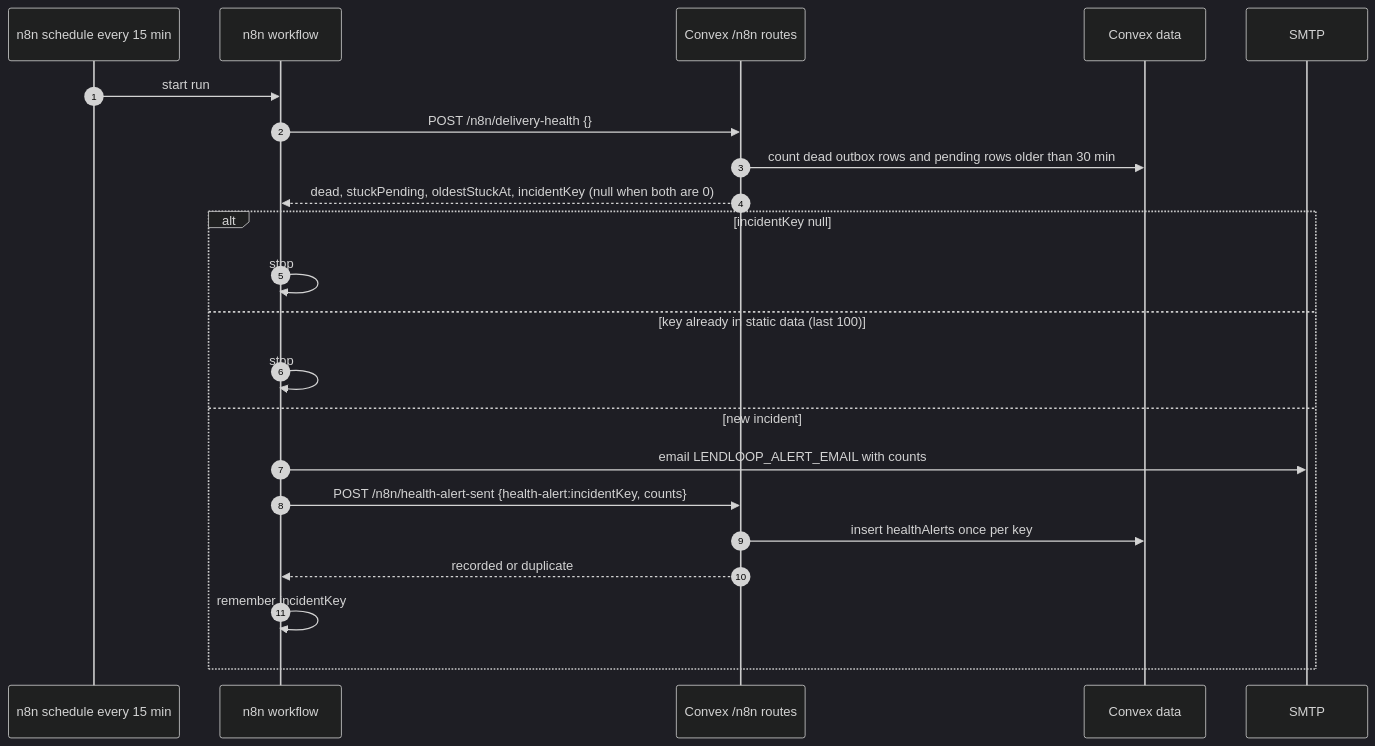
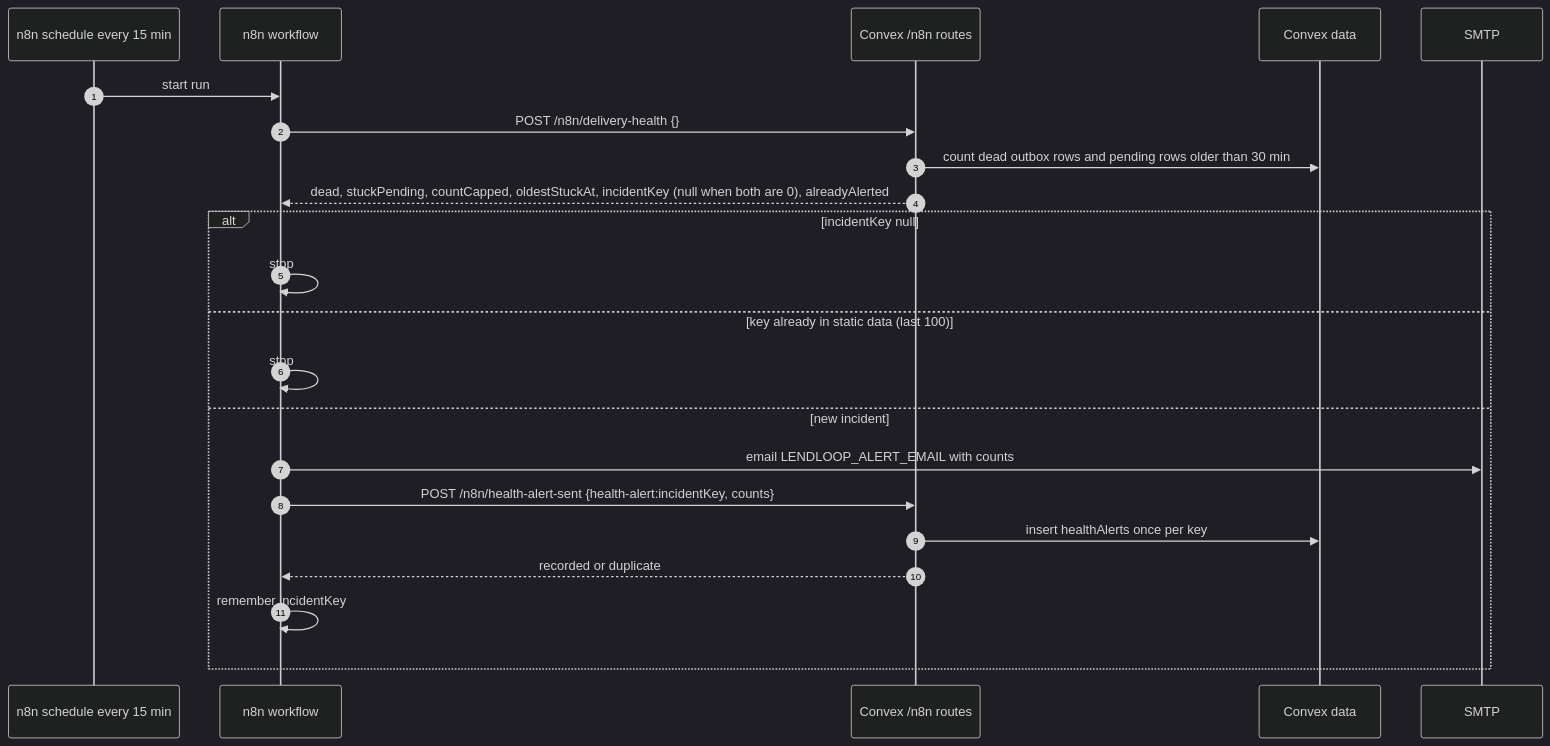
Before and after one commit to t-nielzon/lendloop: the sixth of 7 diagrams in docs/ARCHITECTURE.md, drawn with Mermaid (dark theme). The commit also changed other lines of this file and 8 other files, not shown here.

First line of the commit message:
fix(automation): key delivery incidents on their oldest row and bound health reads

````diff
--- a/docs/ARCHITECTURE.md
+++ b/docs/ARCHITECTURE.md
@@ -254,24 +254,24 @@
 ```mermaid
 sequenceDiagram
   autonumber
   participant T as n8n schedule every 15 min
   participant N as n8n workflow
   participant H as Convex /n8n routes
   participant D as Convex data
   participant M as SMTP
   T->>N: start run
   N->>H: POST /n8n/delivery-health {}
   H->>D: count dead outbox rows and pending rows older than 30 min
-  H-->>N: dead, stuckPending, oldestStuckAt, incidentKey (null when both are 0)
+  H-->>N: dead, stuckPending, countCapped, oldestStuckAt, incidentKey (null when both are 0), alreadyAlerted
   alt incidentKey null
     N->>N: stop
   else key already in static data (last 100)
     N->>N: stop
   else new incident
     N->>M: email LENDLOOP_ALERT_EMAIL with counts
     N->>H: POST /n8n/health-alert-sent {health-alert:incidentKey, counts}
     H->>D: insert healthAlerts once per key
     H-->>N: recorded or duplicate
     N->>N: remember incidentKey
   end
 ```
````
